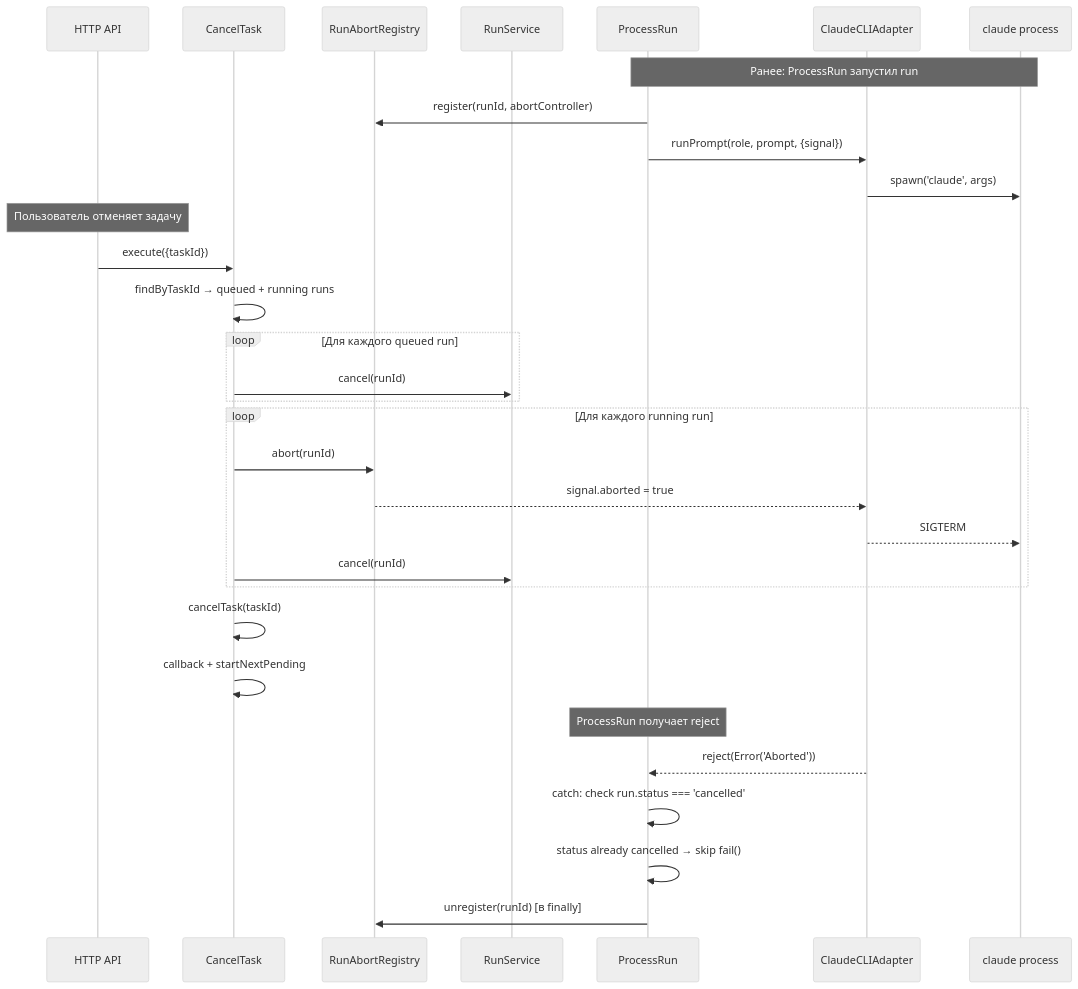
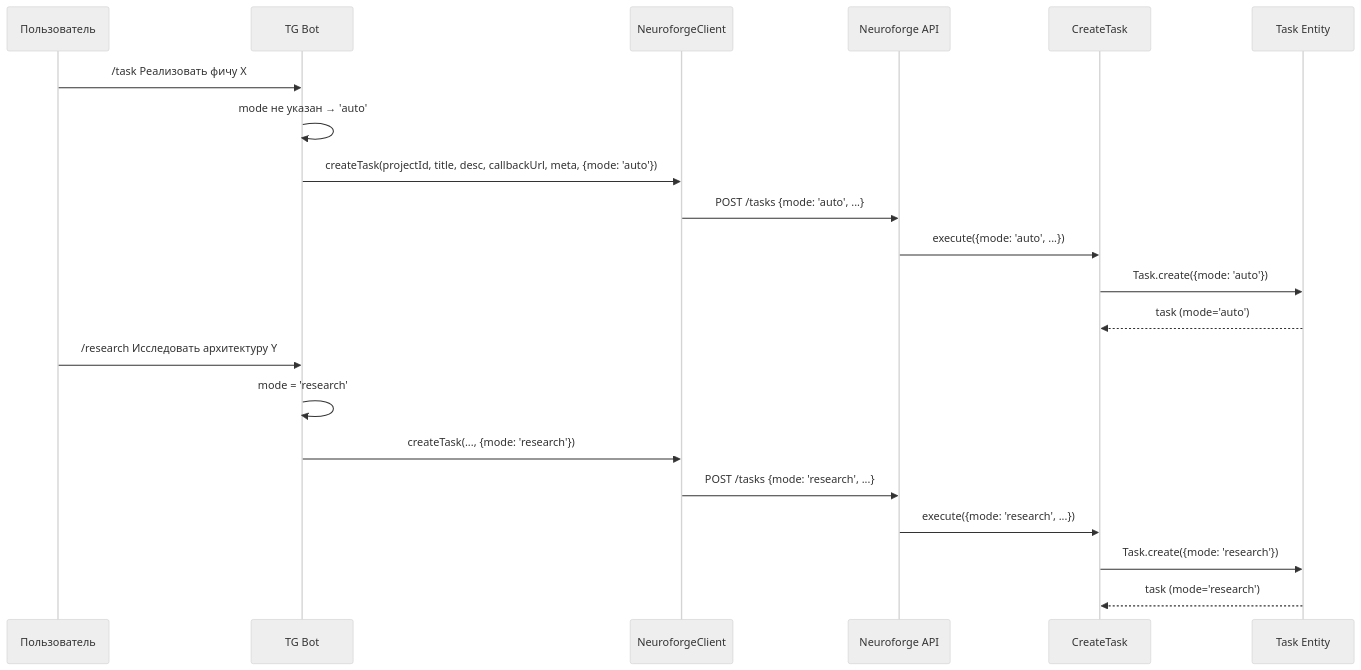
One commit to sasaloginov/neuroforge changed the second of 2 diagrams in design/spec.md. Above: the diagram before and after it, drawn with Mermaid (neutral theme). The commit also changed other lines of this file and 2 other files, not shown here.

Commit message:
feat: research and spec for explicit task mode parameter

````diff
--- a/design/spec.md
+++ b/design/spec.md
@@ -51,39 +36,25 @@
 ```mermaid
 sequenceDiagram
-    participant API as HTTP API
-    participant CT as CancelTask
-    participant RAR as RunAbortRegistry
-    participant RS as RunService
-    participant PR as ProcessRun
-    participant CLA as ClaudeCLIAdapter
-    participant CLI as claude process
+    participant User as Пользователь
+    participant TG as TG Bot
+    participant NC as NeuroforgeClient
+    participant API as Neuroforge API
+    participant CT as CreateTask
+    participant Task as Task Entity
 
-    Note over PR,CLI: Ранее: ProcessRun запустил run
-    PR->>RAR: register(runId, abortController)
-    PR->>CLA: runPrompt(role, prompt, {signal})
-    CLA->>CLI: spawn('claude', args)
+    User->>TG: /task Реализовать фичу X
+    TG->>TG: mode не указан → 'auto'
+    TG->>NC: createTask(projectId, title, desc, callbackUrl, meta, {mode: 'auto'})
+    NC->>API: POST /tasks {mode: 'auto', ...}
+    API->>CT: execute({mode: 'auto', ...})
+    CT->>Task: Task.create({mode: 'auto'})
+    Task-->>CT: task (mode='auto')
 
-    Note over API: Пользователь отменяет задачу
-    API->>CT: execute({taskId})
-    CT->>CT: findByTaskId → queued + running runs
-
-    loop Для каждого queued run
-        CT->>RS: cancel(runId)
-    end
-
-    loop Для каждого running run
-        CT->>RAR: abort(runId)
-        RAR-->>CLA: signal.aborted = true
-        CLA-->>CLI: SIGTERM
-        CT->>RS: cancel(runId)
-    end
-
-    CT->>CT: cancelTask(taskId)
-    CT->>CT: callback + startNextPending
-
-    Note over PR: ProcessRun получает reject
-    CLA-->>PR: reject(Error('Aborted'))
-    PR->>PR: catch: check run.status === 'cancelled'
-    PR->>PR: status already cancelled → skip fail()
-    PR->>RAR: unregister(runId) [в finally]
+    User->>TG: /research Исследовать архитектуру Y
+    TG->>TG: mode = 'research'
+    TG->>NC: createTask(..., {mode: 'research'})
+    NC->>API: POST /tasks {mode: 'research', ...}
+    API->>CT: execute({mode: 'research', ...})
+    CT->>Task: Task.create({mode: 'research'})
+    Task-->>CT: task (mode='research')
 ```
````
